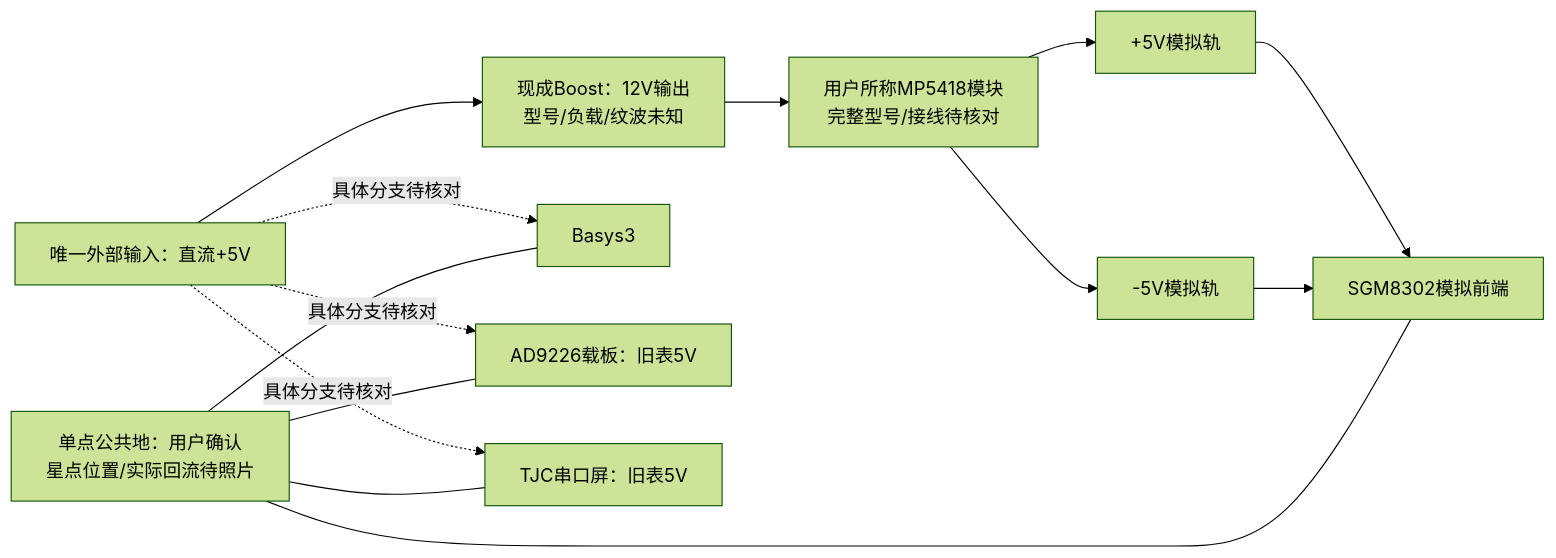
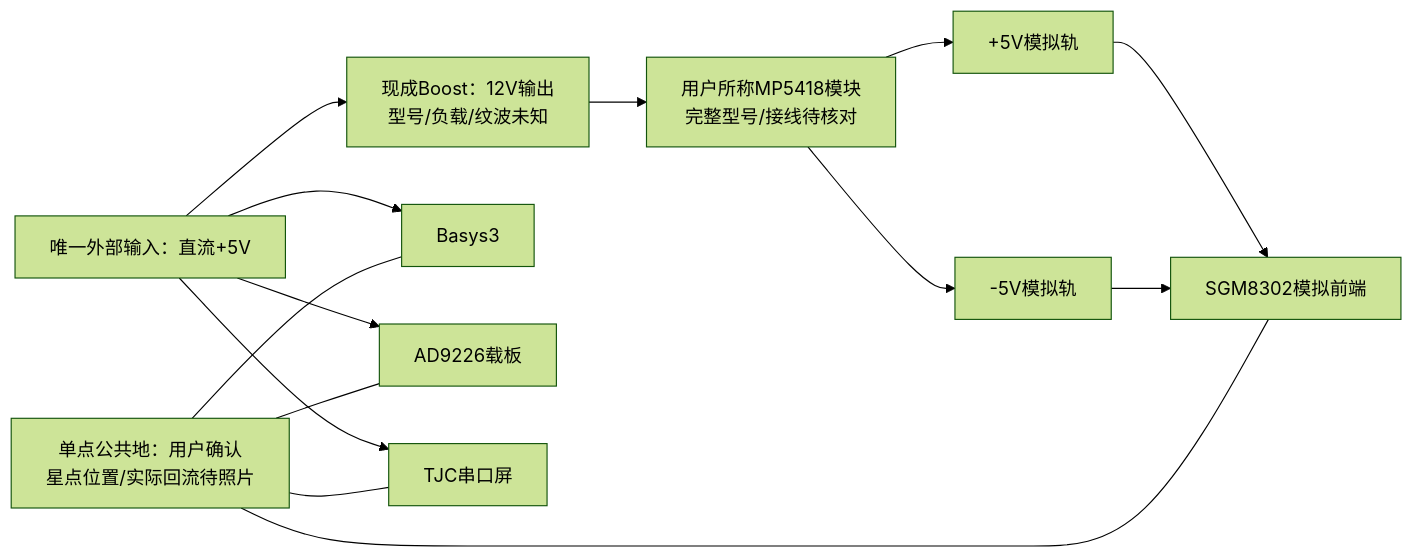
One commit to lyk82468246/NUEDC-2026-G-Artix7-Basys3 changed the first of 4 diagrams in docs/report_materials_2026-11-06.md. Above: the diagram before and after it, drawn with Mermaid (forest theme). The commit also changed other lines of this file and 4 other files, not shown here.

Commit message:
Correct board power branches and simplify schematic labels

````diff
--- a/docs/report_materials_2026-11-06.md
+++ b/docs/report_materials_2026-11-06.md
@@ -115,16 +115,16 @@
 ```mermaid
 flowchart LR
     IN[唯一外部输入：直流+5V] --> BOOST[现成Boost：12V输出\n型号/负载/纹波未知]
     BOOST --> DUAL[用户所称MP5418模块\n完整型号/接线待核对]
     DUAL --> P[+5V模拟轨]
     DUAL --> N[-5V模拟轨]
     P --> AFE[SGM8302模拟前端]
     N --> AFE
-    IN -.具体分支待核对.-> FPGA[Basys3]
-    IN -.具体分支待核对.-> ADC[AD9226载板：旧表5V]
-    IN -.具体分支待核对.-> HMI[TJC串口屏：旧表5V]
+    IN --> FPGA[Basys3]
+    IN --> ADC[AD9226载板]
+    IN --> HMI[TJC串口屏]
     G[单点公共地：用户确认\n星点位置/实际回流待照片] --- AFE
     G --- FPGA
     G --- ADC
     G --- HMI
 ```
````
